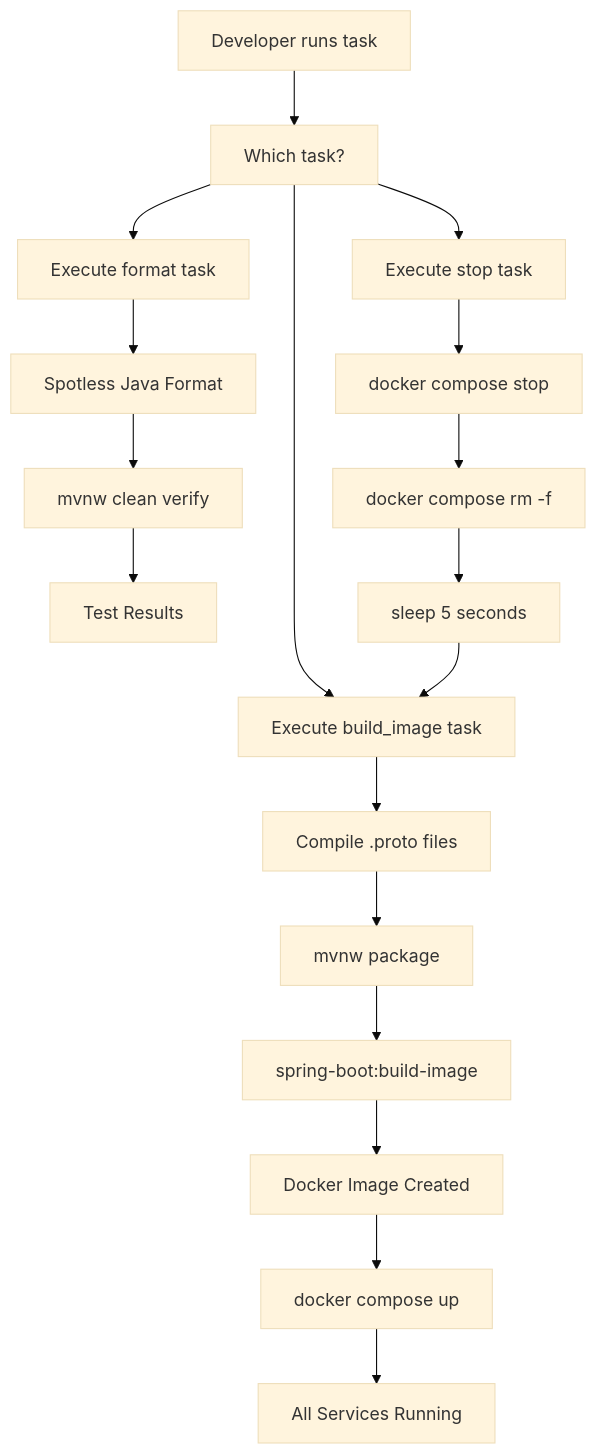
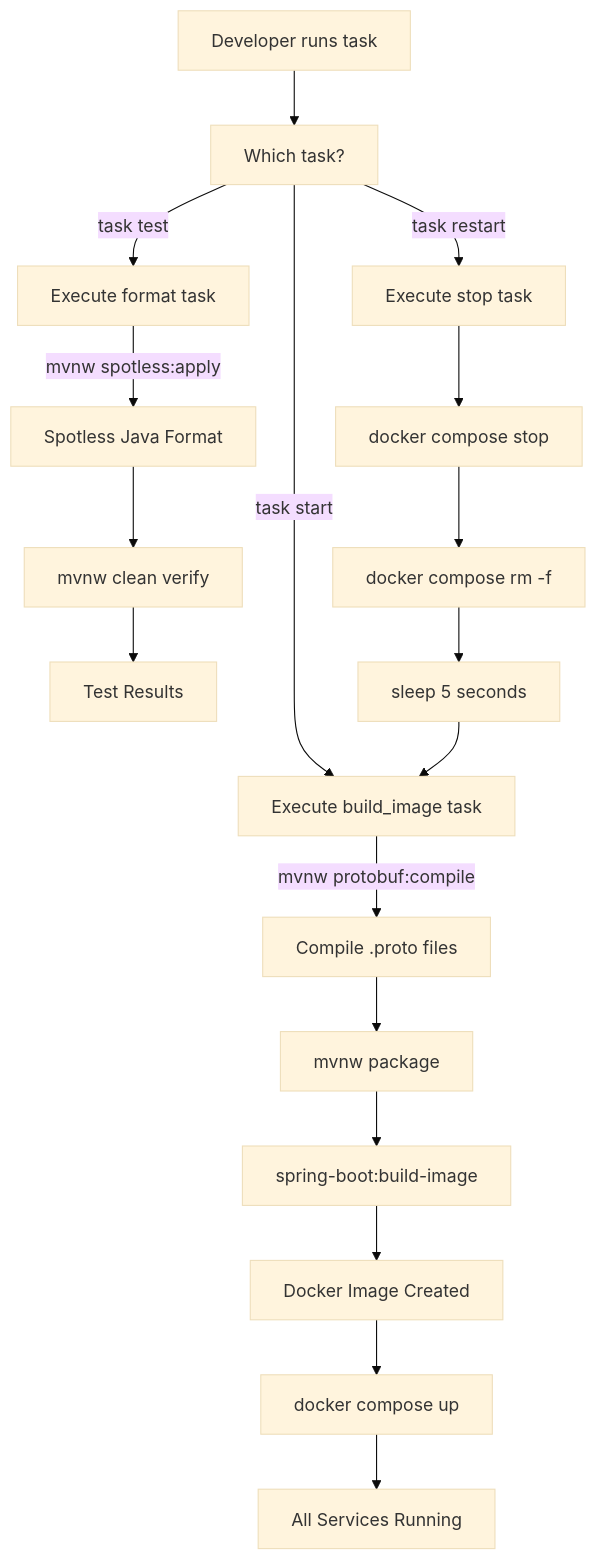
One commit to philipz/spring-modular-monolith changed the second of 6 diagrams in docs/deepwiki/Development-Workflow-and-Build-Tasks.md. Above: the diagram before and after it, drawn with Mermaid (base theme). The commit also changed other lines of this file and 55 other files, not shown here.

````diff
--- a/docs/deepwiki/Development-Workflow-and-Build-Tasks.md
+++ b/docs/deepwiki/Development-Workflow-and-Build-Tasks.md
@@ -110,39 +110,39 @@
 ```mermaid
 flowchart TD
 
 DevStart["Developer runs task"]
 TaskChoice["Which task?"]
 FormatCheck["Execute format task"]
 BuildImage["Execute build_image task"]
 StopServices["Execute stop task"]
 SpotlessRun["Spotless Java Format"]
 MavenTest["mvnw clean verify"]
 TestResults["Test Results"]
 ProtobufCompile["Compile .proto files"]
 MavenPackage["mvnw package"]
 SpringBootImage["spring-boot:build-image"]
 DockerImage["Docker Image Created"]
 ComposeUp["docker compose up"]
 ServicesRunning["All Services Running"]
 ComposeStop["docker compose stop"]
 ComposeRm["docker compose rm -f"]
 SleepWait["sleep 5 seconds"]
 
 DevStart --> TaskChoice
-TaskChoice --> FormatCheck
-TaskChoice --> BuildImage
-TaskChoice --> StopServices
-FormatCheck --> SpotlessRun
+TaskChoice -->|"task test"| FormatCheck
+TaskChoice -->|"task start"| BuildImage
+TaskChoice -->|"task restart"| StopServices
+FormatCheck -->|"mvnw spotless:apply"| SpotlessRun
 SpotlessRun --> MavenTest
 MavenTest --> TestResults
-BuildImage --> ProtobufCompile
+BuildImage -->|"mvnw protobuf:compile"| ProtobufCompile
 ProtobufCompile --> MavenPackage
 MavenPackage --> SpringBootImage
 SpringBootImage --> DockerImage
 DockerImage --> ComposeUp
 ComposeUp --> ServicesRunning
 StopServices --> ComposeStop
 ComposeStop --> ComposeRm
 ComposeRm --> SleepWait
 SleepWait --> BuildImage
 ```
````
